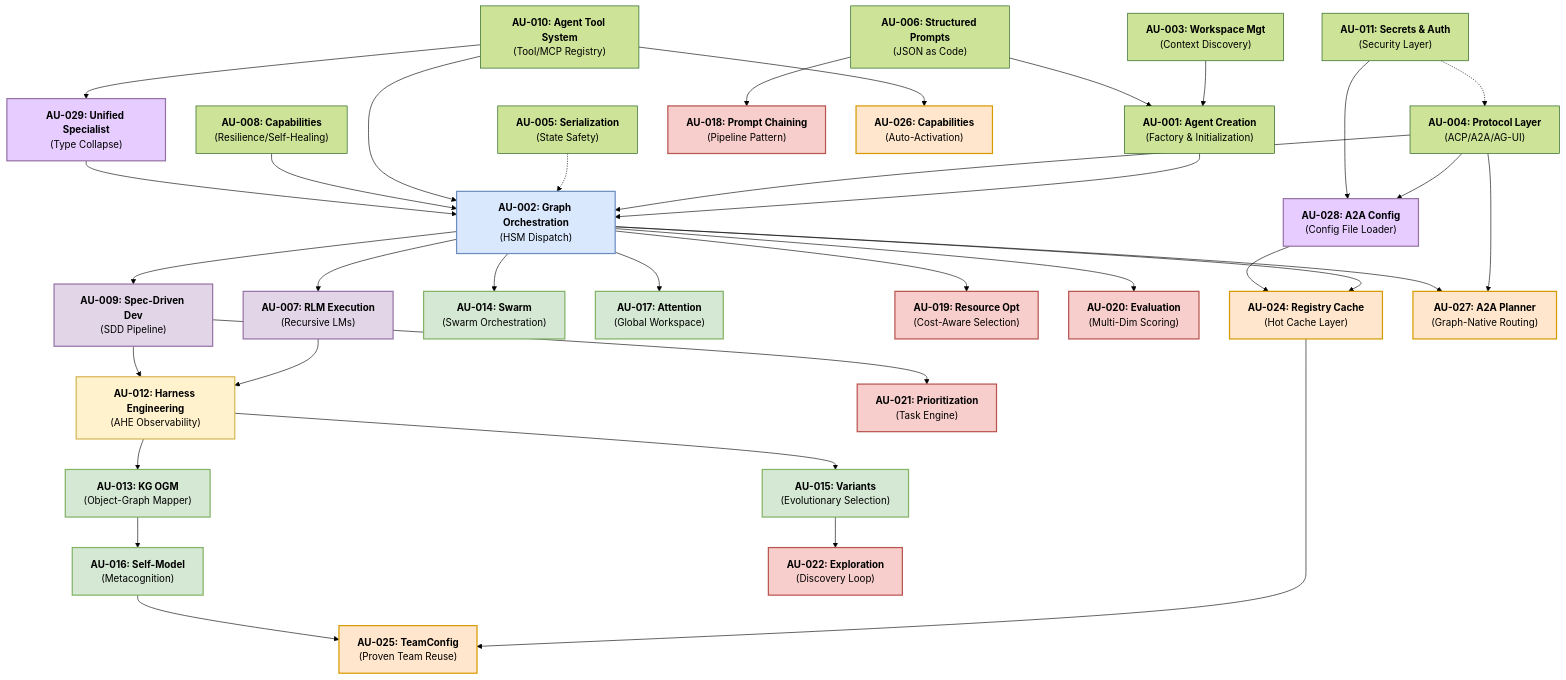
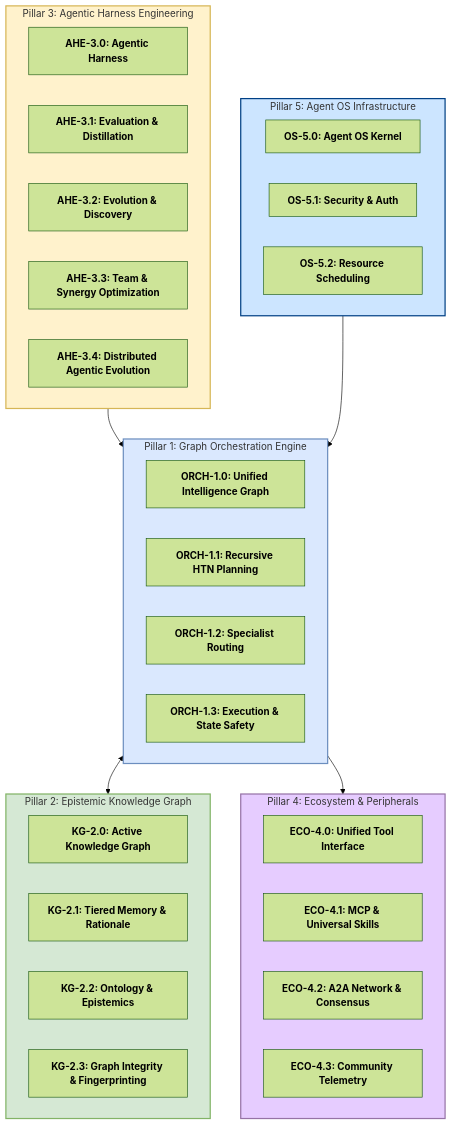
Before and after one commit to Knuckles-Team/agent-utilities: the first of 2 diagrams in docs/overview.md, drawn with Mermaid (forest theme). The commit also changed other lines of this file and 218 other files, not shown here.

````diff
--- a/docs/overview.md
+++ b/docs/overview.md
@@ -9,107 +7,54 @@
 ```mermaid
 graph TD
-    %% Core Infrastructure
-    AU001["<b>AU-001: Agent Creation</b><br/>(Factory & Initialization)"]
-    AU003["<b>AU-003: Workspace Mgt</b><br/>(Context Discovery)"]
-    AU005["<b>AU-005: Serialization</b><br/>(State Safety)"]
-    AU011["<b>AU-011: Secrets & Auth</b><br/>(Security Layer)"]
+    %% Pillar 1: Graph Orchestration Engine
+    subgraph P1 [Pillar 1: Graph Orchestration Engine]
+        ORCH10["<b>ORCH-1.0: Unified Intelligence Graph</b>"]
+        ORCH11["<b>ORCH-1.1: Recursive HTN Planning</b>"]
+        ORCH12["<b>ORCH-1.2: Specialist Routing</b>"]
+        ORCH13["<b>ORCH-1.3: Execution & State Safety</b>"]
+    end
 
-    %% Intelligence & Orchestration
-    AU002["<b>AU-002: Graph Orchestration</b><br/>(HSM Dispatch)"]
-    AU004["<b>AU-004: Protocol Layer</b><br/>(ACP/A2A/AG-UI)"]
-    AU006["<b>AU-006: Structured Prompts</b><br/>(JSON as Code)"]
-    AU008["<b>AU-008: Capabilities</b><br/>(Resilience/Self-Healing)"]
-    AU010["<b>AU-010: Agent Tool System</b><br/>(Tool/MCP Registry)"]
+    %% Pillar 2: Epistemic Knowledge Graph
+    subgraph P2 [Pillar 2: Epistemic Knowledge Graph]
+        KG20["<b>KG-2.0: Active Knowledge Graph</b>"]
+        KG21["<b>KG-2.1: Tiered Memory & Rationale</b>"]
+        KG22["<b>KG-2.2: Ontology & Epistemics</b>"]
+        KG23["<b>KG-2.3: Graph Integrity & Fingerprinting</b>"]
+    end
 
-    %% Advanced Patterns
-    AU007["<b>AU-007: RLM Execution</b><br/>(Recursive LMs)"]
-    AU009["<b>AU-009: Spec-Driven Dev</b><br/>(SDD Pipeline)"]
-    AU012["<b>AU-012: Harness Engineering</b><br/>(AHE Observability)"]
+    %% Pillar 3: Agentic Harness Engineering
+    subgraph P3 [Pillar 3: Agentic Harness Engineering]
+        AHE30["<b>AHE-3.0: Agentic Harness</b>"]
+        AHE31["<b>AHE-3.1: Evaluation & Distillation</b>"]
+        AHE32["<b>AHE-3.2: Evolution & Discovery</b>"]
+        AHE33["<b>AHE-3.3: Team & Synergy Optimization</b>"]
+        AHE34["<b>AHE-3.4: Distributed Agentic Evolution</b>"]
+    end
+
+    %% Pillar 4: Ecosystem & Peripherals
+    subgraph P4 [Pillar 4: Ecosystem & Peripherals]
+        ECO40["<b>ECO-4.0: Unified Tool Interface</b>"]
+        ECO41["<b>ECO-4.1: MCP & Universal Skills</b>"]
+        ECO42["<b>ECO-4.2: A2A Network & Consensus</b>"]
+        ECO43["<b>ECO-4.3: Community Telemetry</b>"]
+    end
+
+    %% Pillar 5: Agent OS Infrastructure
+    subgraph P5 [Pillar 5: Agent OS Infrastructure]
+        OS50["<b>OS-5.0: Agent OS Kernel</b>"]
+        OS51["<b>OS-5.1: Security & Auth</b>"]
+        OS52["<b>OS-5.2: Resource Scheduling</b>"]
+    end
 
     %% Relationships
-    AU001 --> AU002
-    AU003 --> AU001
-    AU004 --> AU002
-    AU011 -.-> AU004
-    AU005 -.-> AU002
-    AU006 --> AU001
-    AU010 --> AU002
-    AU008 --> AU002
+    P1 <--> P2
+    P1 --> P4
+    P3 --> P1
+    P5 --> P1
 
-    AU002 --> AU007
-    AU002 --> AU009
-    AU007 --> AU012
-    AU009 --> AU012
-
-    style AU002 fill:#dae8fe,stroke:#6c8ebf,stroke-width:2px
-    style AU007 fill:#e1d5e7,stroke:#9673a6,stroke-width:2px
-    style AU009 fill:#e1d5e7,stroke:#9673a6,stroke-width:2px
-    style AU012 fill:#fff2cc,stroke:#d6b656,stroke-width:2px
-
-    %% Emergent Architecture (AU-013 to AU-017)
-    AU013["<b>AU-013: KG OGM</b><br/>(Object-Graph Mapper)"]
-    AU014["<b>AU-014: Swarm</b><br/>(Swarm Orchestration)"]
-    AU015["<b>AU-015: Variants</b><br/>(Evolutionary Selection)"]
-    AU016["<b>AU-016: Self-Model</b><br/>(Metacognition)"]
-    AU017["<b>AU-017: Attention</b><br/>(Global Workspace)"]
-
-    %% Agentic Design Patterns (AU-018 to AU-022)
-    AU018["<b>AU-018: Prompt Chaining</b><br/>(Pipeline Pattern)"]
-    AU019["<b>AU-019: Resource Opt</b><br/>(Cost-Aware Selection)"]
-    AU020["<b>AU-020: Evaluation</b><br/>(Multi-Dim Scoring)"]
-    AU021["<b>AU-021: Prioritization</b><br/>(Task Engine)"]
-    AU022["<b>AU-022: Exploration</b><br/>(Discovery Loop)"]
-
-    %% Emergent relationships
-    AU012 --> AU013
-    AU012 --> AU015
-    AU002 --> AU014
-    AU013 --> AU016
-    AU002 --> AU017
-
-    %% Design Patterns relationships
-    AU006 --> AU018
-    AU002 --> AU019
-    AU002 --> AU020
-    AU009 --> AU021
-    AU015 --> AU022
-
-    %% First Principles Architecture (AU-024 to AU-027)
-    AU024["<b>AU-024: Registry Cache</b><br/>(Hot Cache Layer)"]
-    AU025["<b>AU-025: TeamConfig</b><br/>(Proven Team Reuse)"]
-    AU026["<b>AU-026: Capabilities</b><br/>(Auto-Activation)"]
-    AU027["<b>AU-027: A2A Planner</b><br/>(Graph-Native Routing)"]
-
-    %% Unified Specialist & A2A Config (AU-028 to AU-029)
-    AU028["<b>AU-028: A2A Config</b><br/>(Config File Loader)"]
-    AU029["<b>AU-029: Unified Specialist</b><br/>(Type Collapse)"]
-
-    AU002 --> AU024
-    AU024 --> AU025
-    AU016 --> AU025
-    AU010 --> AU026
-    AU004 --> AU027
-    AU002 --> AU027
-    AU004 --> AU028
-    AU011 --> AU028
-    AU028 --> AU024
-    AU010 --> AU029
-    AU029 --> AU002
-
-    style AU013 fill:#d5e8d4,stroke:#82b366,stroke-width:2px
-    style AU014 fill:#d5e8d4,stroke:#82b366,stroke-width:2px
-    style AU015 fill:#d5e8d4,stroke:#82b366,stroke-width:2px
-    style AU016 fill:#d5e8d4,stroke:#82b366,stroke-width:2px
-    style AU017 fill:#d5e8d4,stroke:#82b366,stroke-width:2px
-    style AU018 fill:#f8cecc,stroke:#b85450,stroke-width:2px
-    style AU019 fill:#f8cecc,stroke:#b85450,stroke-width:2px
-    style AU020 fill:#f8cecc,stroke:#b85450,stroke-width:2px
-    style AU021 fill:#f8cecc,stroke:#b85450,stroke-width:2px
-    style AU022 fill:#f8cecc,stroke:#b85450,stroke-width:2px
-    style AU024 fill:#ffe6cc,stroke:#d79b00,stroke-width:2px
-    style AU025 fill:#ffe6cc,stroke:#d79b00,stroke-width:2px
-    style AU026 fill:#ffe6cc,stroke:#d79b00,stroke-width:2px
-    style AU027 fill:#ffe6cc,stroke:#d79b00,stroke-width:2px
-    style AU028 fill:#e6ccff,stroke:#9673a6,stroke-width:2px
-    style AU029 fill:#e6ccff,stroke:#9673a6,stroke-width:2px
+    style P1 fill:#dae8fe,stroke:#6c8ebf,stroke-width:2px
+    style P2 fill:#d5e8d4,stroke:#82b366,stroke-width:2px
+    style P3 fill:#fff2cc,stroke:#d6b656,stroke-width:2px
+    style P4 fill:#e6ccff,stroke:#9673a6,stroke-width:2px
+    style P5 fill:#cce5ff,stroke:#004085,stroke-width:2px
 ```
````
